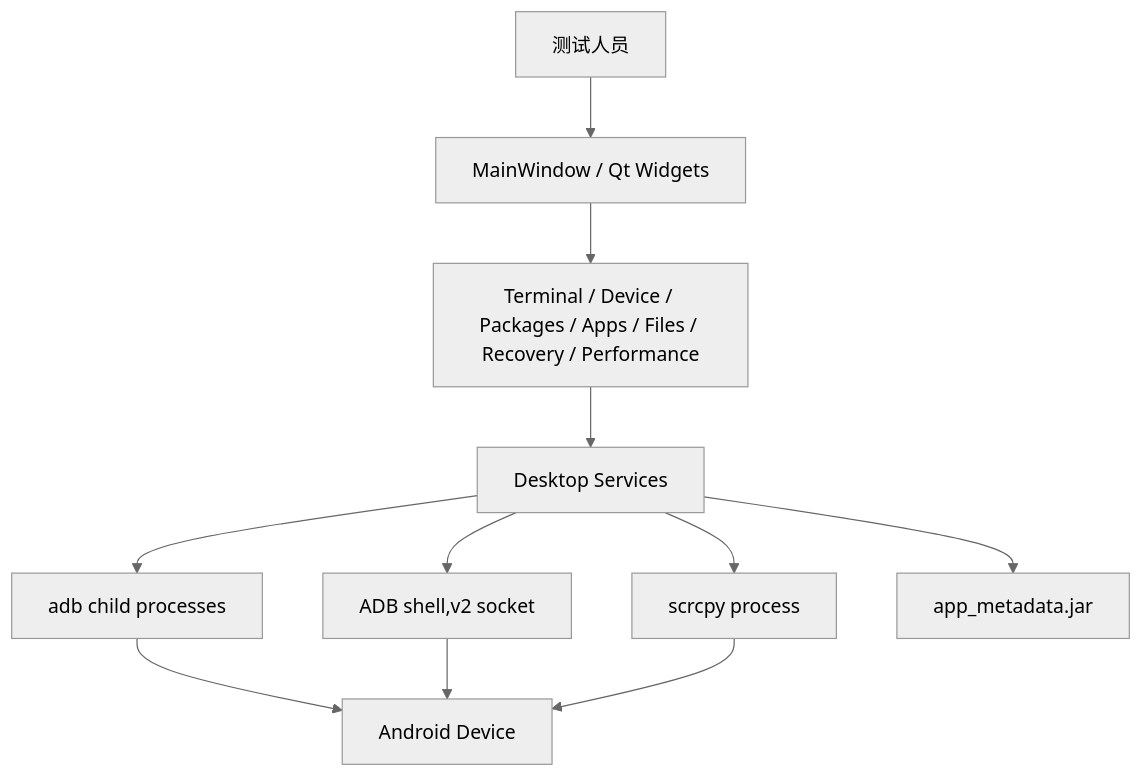
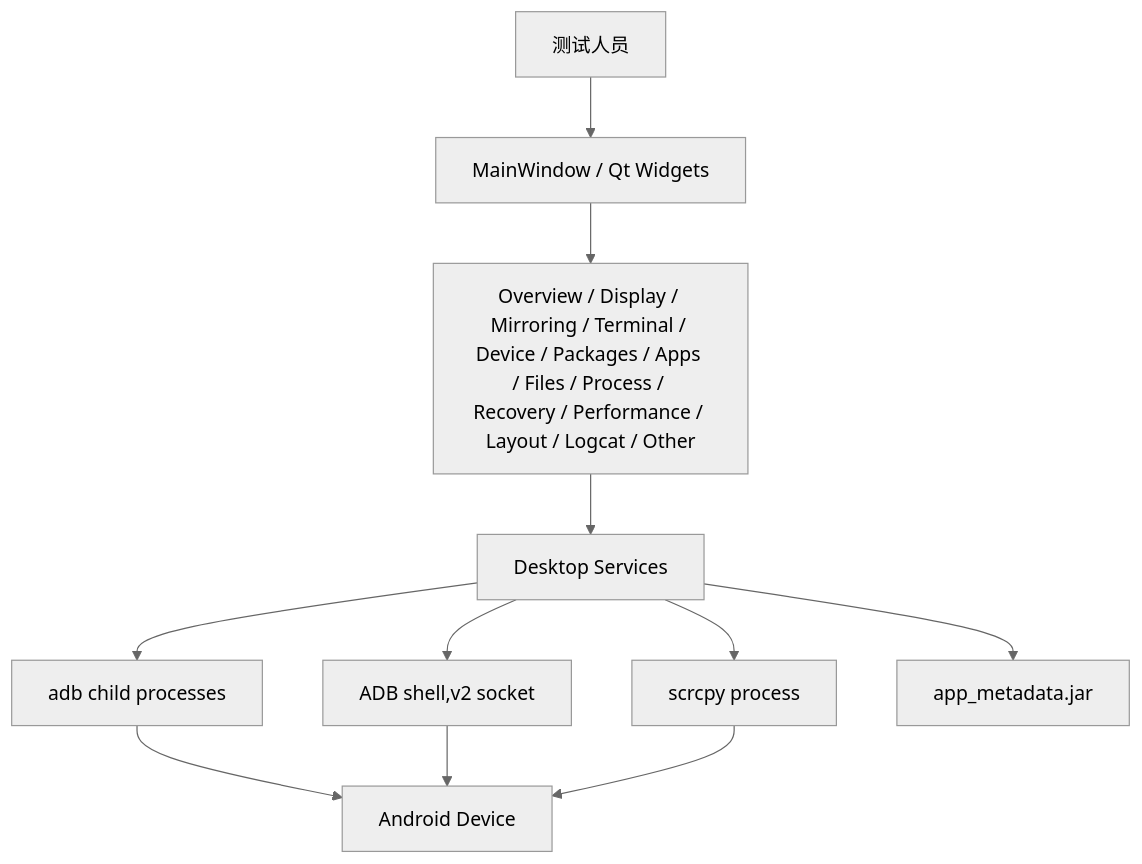
Before and after one commit to Zedex666/AI_Mobile_Test_Studio_Codex: the first of 4 diagrams in docs/ARCHITECTURE.md, drawn with Mermaid (neutral theme). The commit also changed other lines of this file and 70 other files, not shown here.

````diff
--- a/docs/ARCHITECTURE.md
+++ b/docs/ARCHITECTURE.md
@@ -19,13 +19,13 @@
 ```mermaid
 flowchart TB
     User["测试人员"] --> Main["MainWindow / Qt Widgets"]
-    Main --> Pages["Terminal / Device / Packages / Apps / Files / Recovery / Performance"]
+    Main --> Pages["Overview / Display / Mirroring / Terminal / Device / Packages / Apps / Files / Process / Recovery / Performance / Layout / Logcat / Other"]
     Pages --> Services["Desktop Services"]
     Services --> AdbProcess["adb child processes"]
     Services --> AdbSocket["ADB shell,v2 socket"]
     Services --> Scrcpy["scrcpy process"]
     Services --> Metadata["app_metadata.jar"]
     AdbProcess --> Device["Android Device"]
     AdbSocket --> Device
     Scrcpy --> Device
 ```
````
